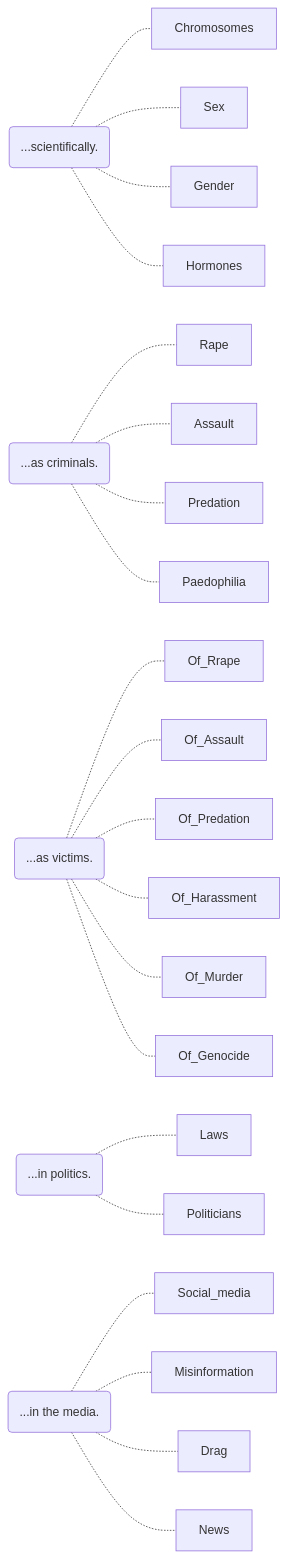
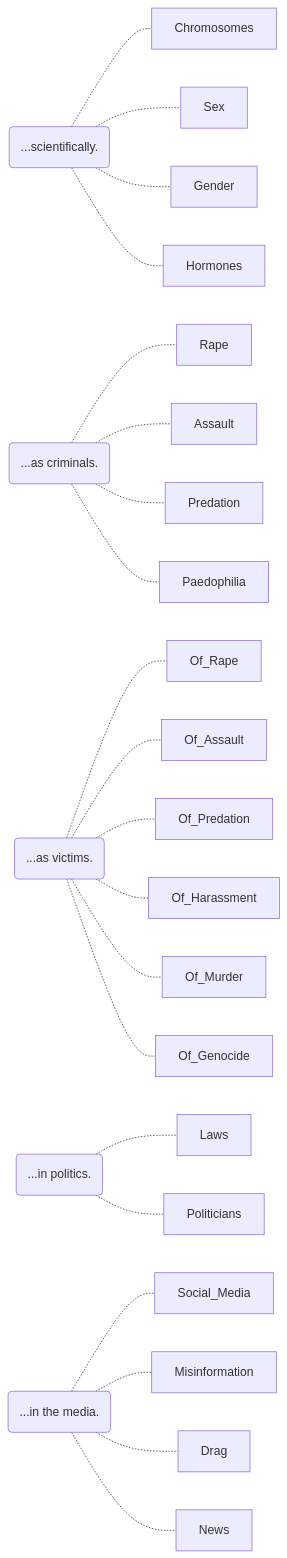
Before and after one commit to ZoeLocke/transinformative: the diagram in README.md, drawn with Mermaid. The commit also changed 33 other files, not shown here.

````diff
--- a/README.md
+++ b/README.md
@@ -7,35 +7,35 @@
 ```mermaid
 graph LR
 
     2(...scientifically.)
     3(...as criminals.)
     4(...as victims.)
     5(...in politics.)
     6(...in the media.)
     
     2 -.- Chromosomes
     2 -.- Sex
     2 -.- Gender
     2 -.- Hormones
 
     3 -.- Rape
     3 -.- Assault
     3 -.- Predation
     3 -.- Paedophilia
 
-    4 -.- Of_Rrape
+    4 -.- Of_Rape
     4 -.- Of_Assault
     4 -.- Of_Predation
     4 -.- Of_Harassment
     4 -.- Of_Murder
     4 -.- Of_Genocide
 
     5 -.- Laws
     5 -.- Politicians
 
-    6 -.- Social_media
+    6 -.- Social_Media
     6 -.- Misinformation
     6 -.- Drag
     6 -.- News
 
 ```
````
